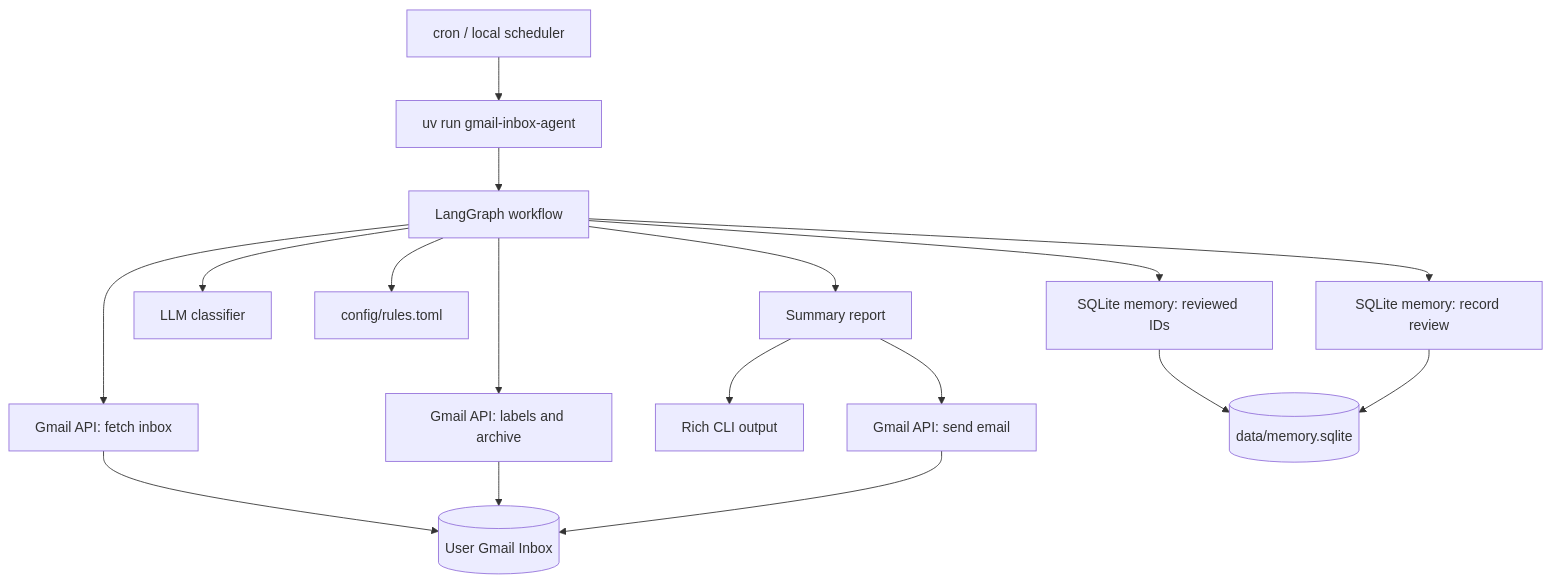
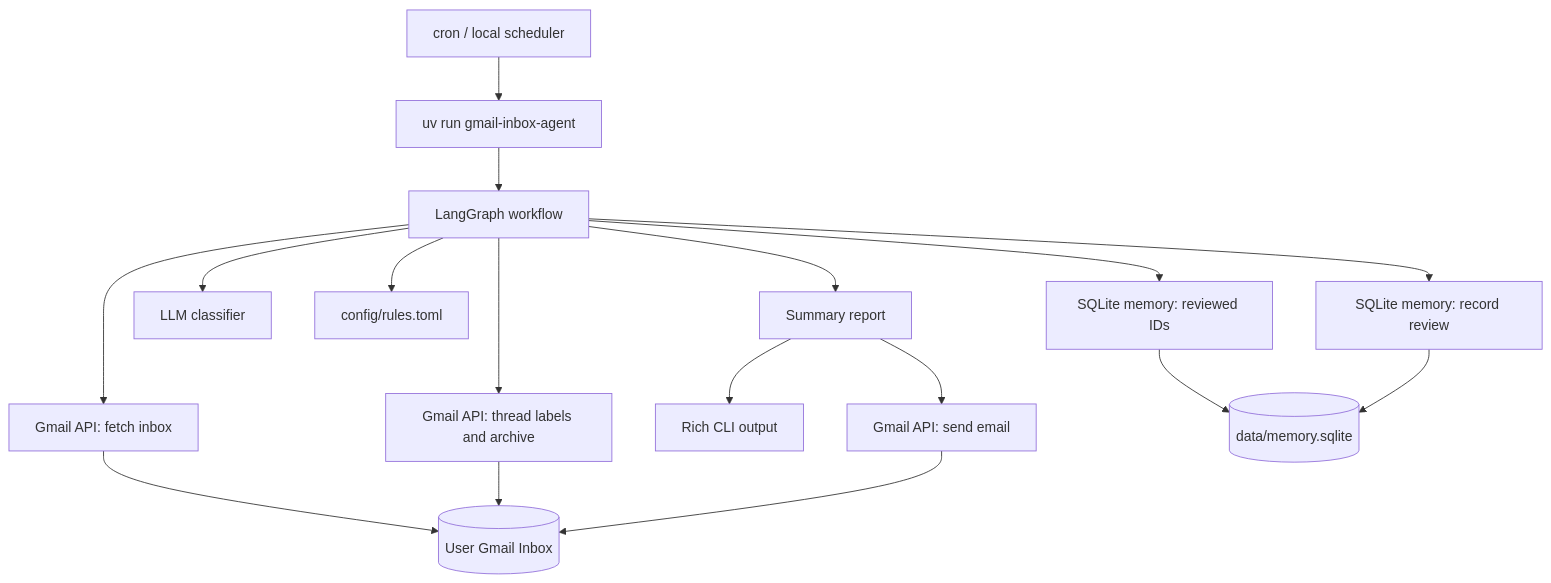
Before and after one commit to brandocomando/my_agentic_team: the first of 7 diagrams in gmail-inbox-agent/docs/Architecture.md, drawn with Mermaid. The commit also changed other lines of this file and 8 other files, not shown here.

````diff
--- a/gmail-inbox-agent/docs/Architecture.md
+++ b/gmail-inbox-agent/docs/Architecture.md
@@ -9,20 +9,20 @@
 ```mermaid
 flowchart TD
     Cron["cron / local scheduler"] --> CLI["uv run gmail-inbox-agent"]
     CLI --> Graph["LangGraph workflow"]
     Graph --> GmailFetch["Gmail API: fetch inbox"]
     Graph --> MemoryRead["SQLite memory: reviewed IDs"]
     Graph --> Classifier["LLM classifier"]
     Graph --> Rules["config/rules.toml"]
-    Graph --> GmailActions["Gmail API: labels and archive"]
+    Graph --> GmailActions["Gmail API: thread labels and archive"]
     Graph --> MemoryWrite["SQLite memory: record review"]
     Graph --> Summary["Summary report"]
     Summary --> Console["Rich CLI output"]
     Summary --> GmailSend["Gmail API: send email"]
 
     GmailFetch --> Inbox[("User Gmail Inbox")]
     GmailActions --> Inbox
     GmailSend --> Inbox
     MemoryRead --> DB[("data/memory.sqlite")]
     MemoryWrite --> DB
 ```
````
